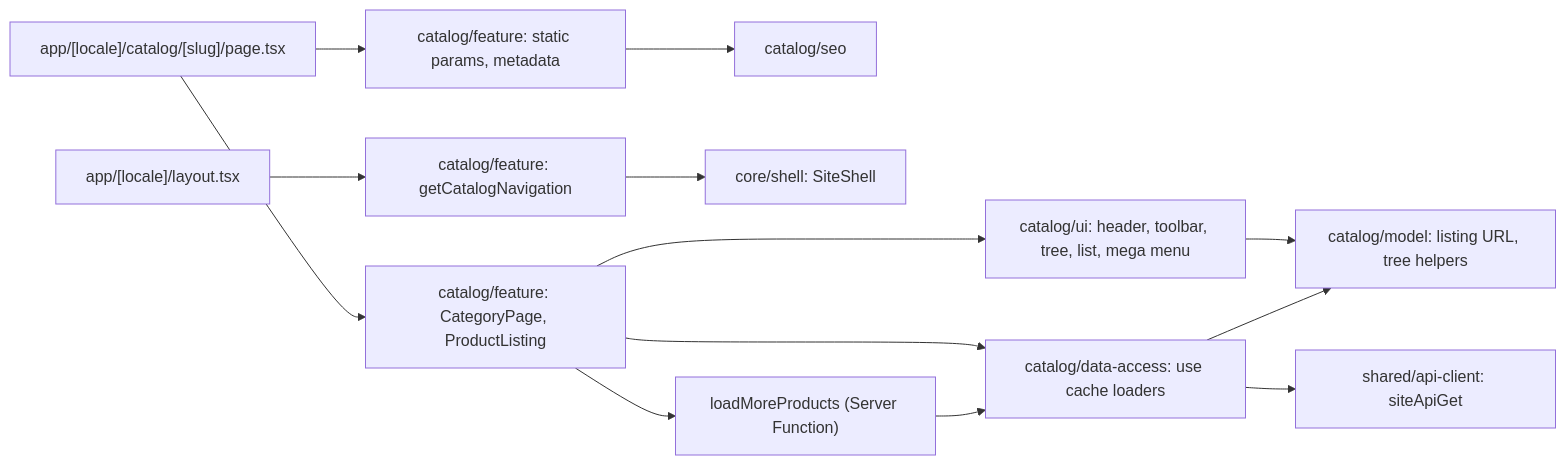
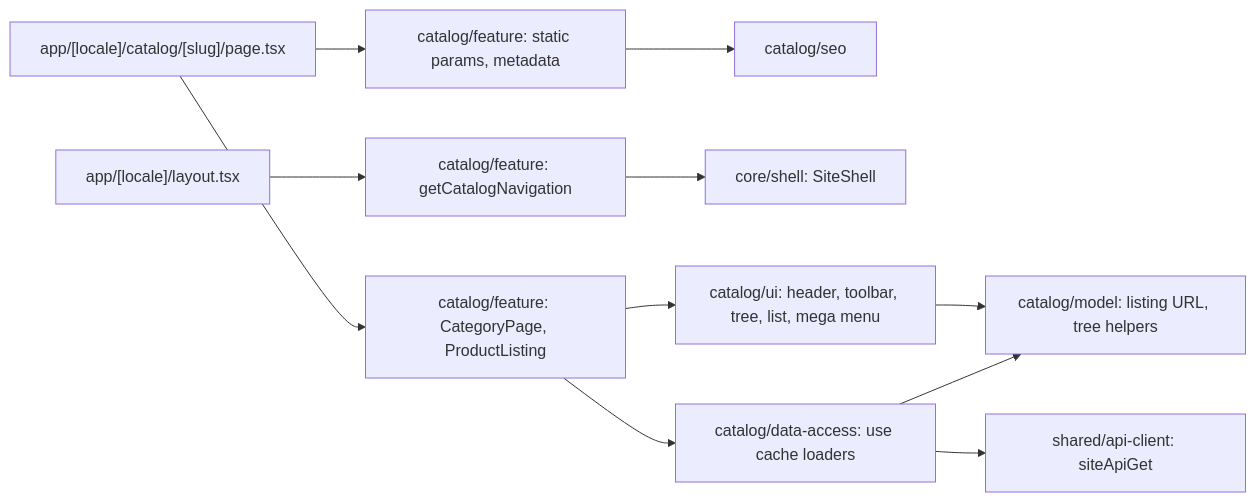
The diagram in docs/features/site/catalog.md (Weretik/kedr-web), drawn with Mermaid before and after one commit. The commit also changed other lines of this file and 18 other files, not shown here.

````diff
--- a/docs/features/site/catalog.md
+++ b/docs/features/site/catalog.md
@@ -15,14 +16,12 @@
 ```mermaid
 flowchart LR
 Route["app/[locale]/catalog/[slug]/page.tsx"] --> Feature["catalog/feature: CategoryPage, ProductListing"]
 Route --> Routing["catalog/feature: static params, metadata"]
 Routing --> Seo["catalog/seo"]
 Layout["app/[locale]/layout.tsx"] --> Nav["catalog/feature: getCatalogNavigation"] --> Shell["core/shell: SiteShell"]
 Feature --> Ui["catalog/ui: header, toolbar, tree, list, mega menu"]
-Feature --> Action["loadMoreProducts (Server Function)"]
 Feature --> Data["catalog/data-access: use cache loaders"]
-Action --> Data
 Data --> Api["shared/api-client: siteApiGet"]
 Ui --> Model["catalog/model: listing URL, tree helpers"]
 Data --> Model
 ```
````
